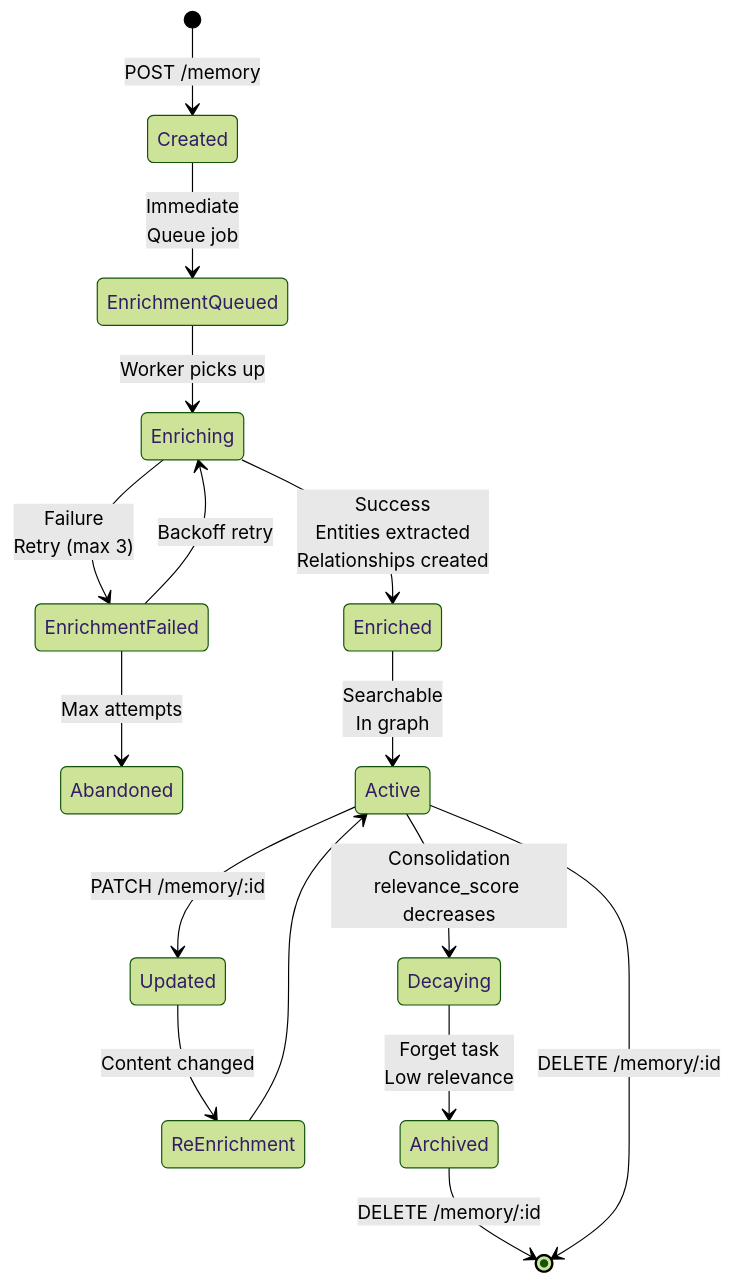
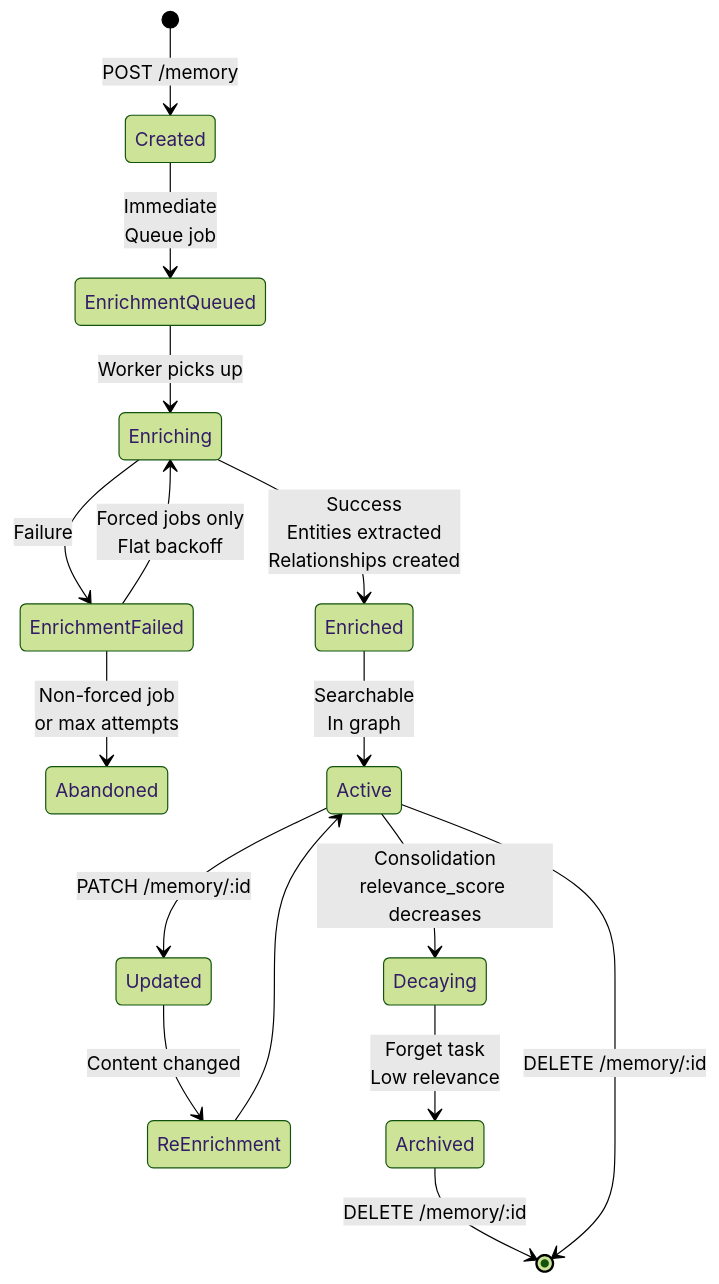
One commit to verygoodplugins/automem-website changed the fifth of 6 diagrams in src/content/docs/docs/core-concepts/memory-model.md. Above: the diagram before and after it, drawn with Mermaid (forest theme). The commit also changed other lines of this file and 1 other file, not shown here.

````diff
--- a/src/content/docs/docs/core-concepts/memory-model.md
+++ b/src/content/docs/docs/core-concepts/memory-model.md
@@ -367,28 +372,28 @@
 ```mermaid
 stateDiagram-v2
     [*] --> Created: POST /memory
 
     Created --> EnrichmentQueued: Immediate<br/>Queue job
 
     EnrichmentQueued --> Enriching: Worker picks up
 
     Enriching --> Enriched: Success<br/>Entities extracted<br/>Relationships created
-    Enriching --> EnrichmentFailed: Failure<br/>Retry (max 3)
+    Enriching --> EnrichmentFailed: Failure
 
-    EnrichmentFailed --> Enriching: Backoff retry
-    EnrichmentFailed --> Abandoned: Max attempts
+    EnrichmentFailed --> Enriching: Forced jobs only<br/>Flat backoff
+    EnrichmentFailed --> Abandoned: Non-forced job<br/>or max attempts
 
     Enriched --> Active: Searchable<br/>In graph
 
     Active --> Updated: PATCH /memory/:id
     Updated --> ReEnrichment: Content changed
     ReEnrichment --> Active
 
     Active --> Decaying: Consolidation<br/>relevance_score decreases
 
     Decaying --> Archived: Forget task<br/>Low relevance
 
     Archived --> [*]: DELETE /memory/:id
 
     Active --> [*]: DELETE /memory/:id
 ```
````
